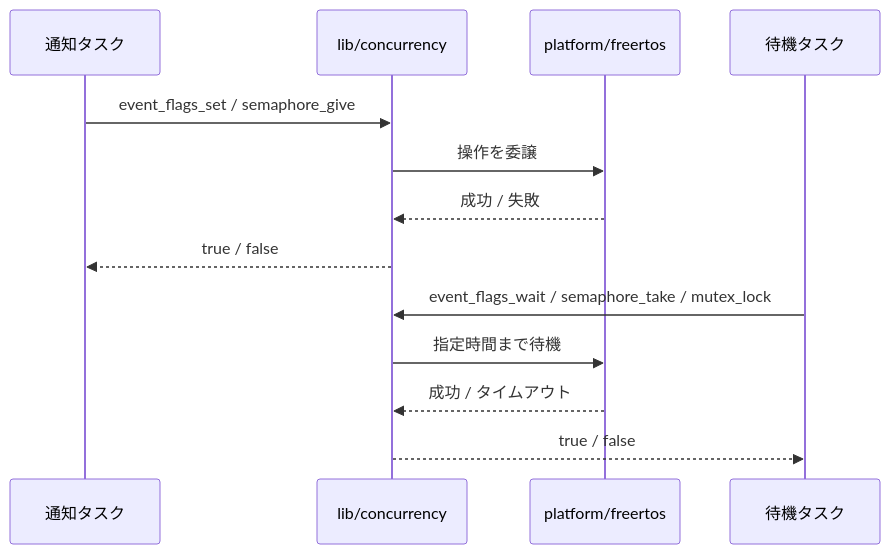
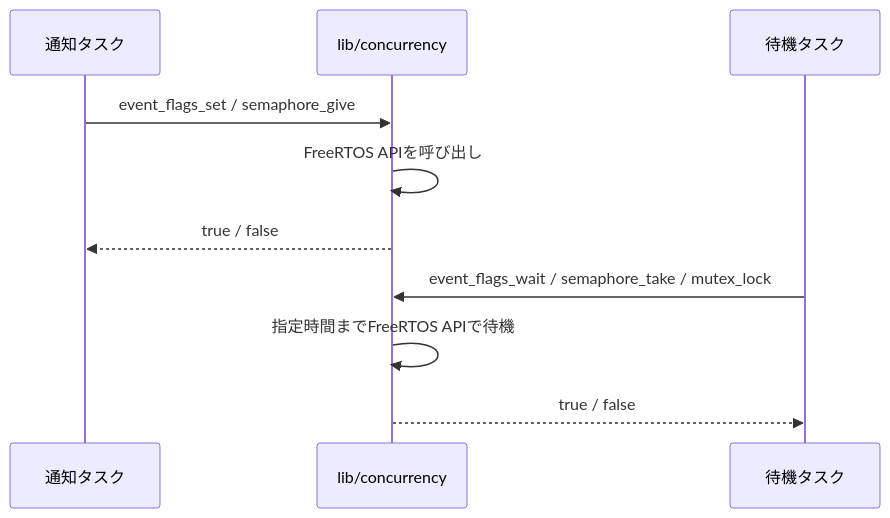
Before and after one commit to starkensan/usb_midi_pedal: the second of 2 diagrams in docs/designs/rtos-synchronization.md, drawn with Mermaid. The commit also changed other lines of this file and 29 other files, not shown here.

````diff
--- a/docs/designs/rtos-synchronization.md
+++ b/docs/designs/rtos-synchronization.md
@@ -78,16 +71,13 @@
 ```mermaid
 sequenceDiagram
     participant Producer as 通知タスク
     participant API as lib/concurrency
-    participant Adapter as platform/freertos
     participant Consumer as 待機タスク
 
     Producer->>API: event_flags_set / semaphore_give
-    API->>Adapter: 操作を委譲
-    Adapter-->>API: 成功 / 失敗
+    API->>API: FreeRTOS APIを呼び出し
     API-->>Producer: true / false
     Consumer->>API: event_flags_wait / semaphore_take / mutex_lock
-    API->>Adapter: 指定時間まで待機
-    Adapter-->>API: 成功 / タイムアウト
+    API->>API: 指定時間までFreeRTOS APIで待機
     API-->>Consumer: true / false
 ```
````
